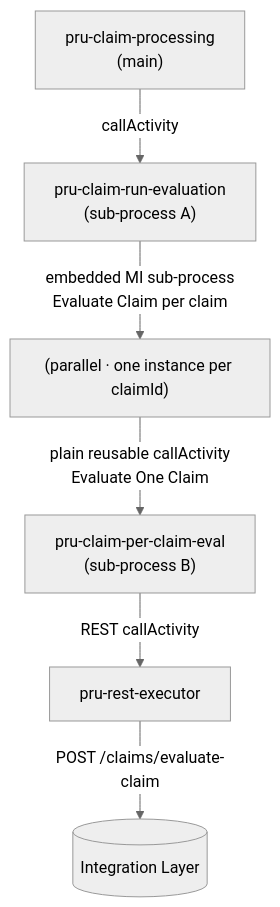
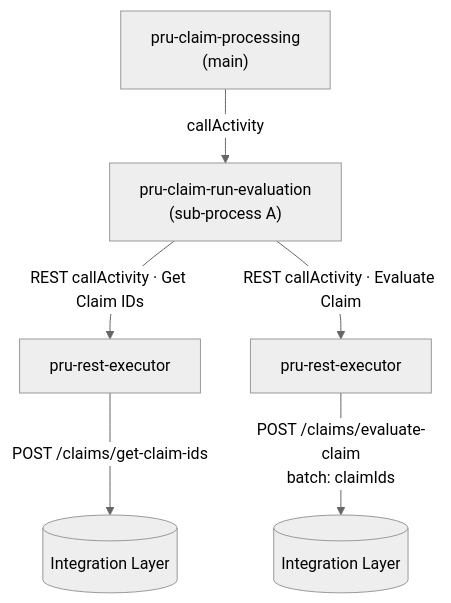
Before and after one commit to Avinashkumar8694/prudential-claims-bpm: the diagram in docs/pru_claim_evaluation_solution.md, drawn with Mermaid (neutral theme). The commit also changed other lines of this file and 3 other files, not shown here.

````diff
--- a/docs/pru_claim_evaluation_solution.md
+++ b/docs/pru_claim_evaluation_solution.md
@@ -18,8 +18,8 @@
 ```mermaid
 graph TD
     MAIN["pru-claim-processing<br/>(main)"] -->|callActivity| A["pru-claim-run-evaluation<br/>(sub-process A)"]
-    A -->|embedded MI sub-process<br/>Evaluate Claim per claim| MI["(parallel · one instance per claimId)"]
-    MI -->|plain reusable callActivity<br/>Evaluate One Claim| B["pru-claim-per-claim-eval<br/>(sub-process B)"]
-    B -->|REST callActivity| RX["pru-rest-executor"]
-    RX -->|POST /claims/evaluate-claim| API[(Integration Layer)]
+    A -->|REST callActivity · Get Claim IDs| RX1["pru-rest-executor"]
+    RX1 -->|POST /claims/get-claim-ids| API1[(Integration Layer)]
+    A -->|REST callActivity · Evaluate Claim| RX2["pru-rest-executor"]
+    RX2 -->|POST /claims/evaluate-claim<br/>batch: claimIds| API2[(Integration Layer)]
 ```
````
